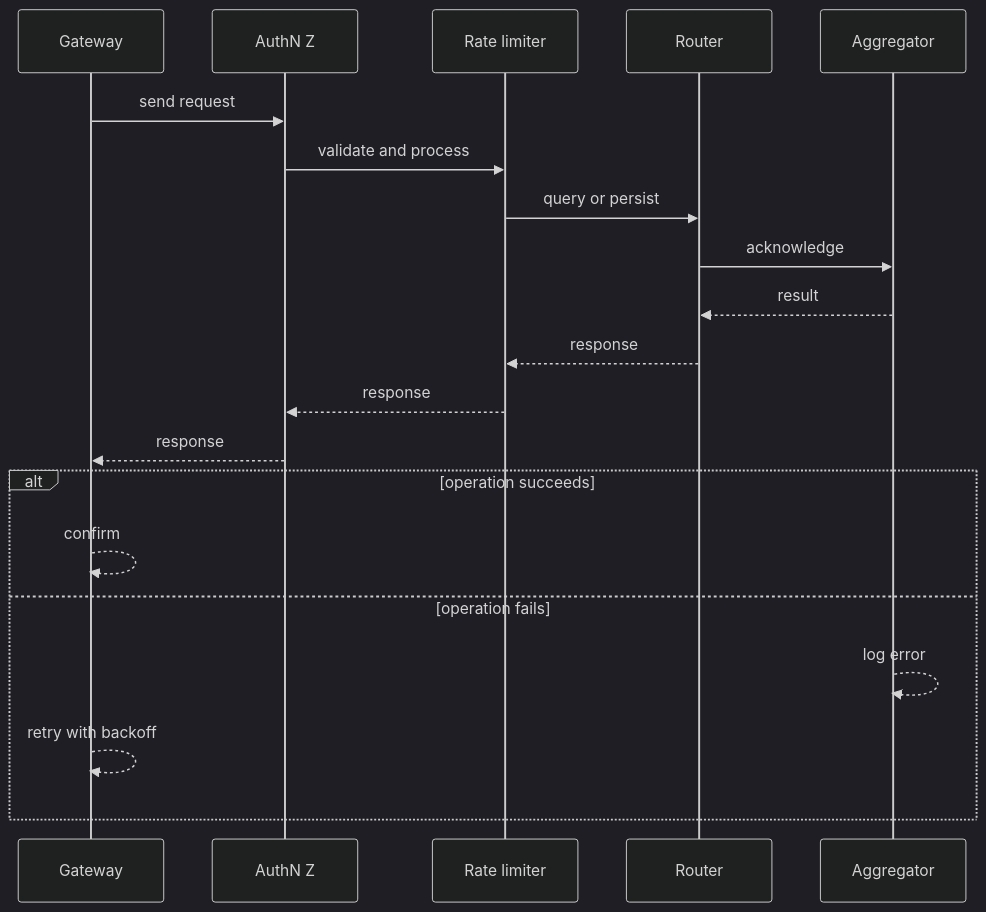
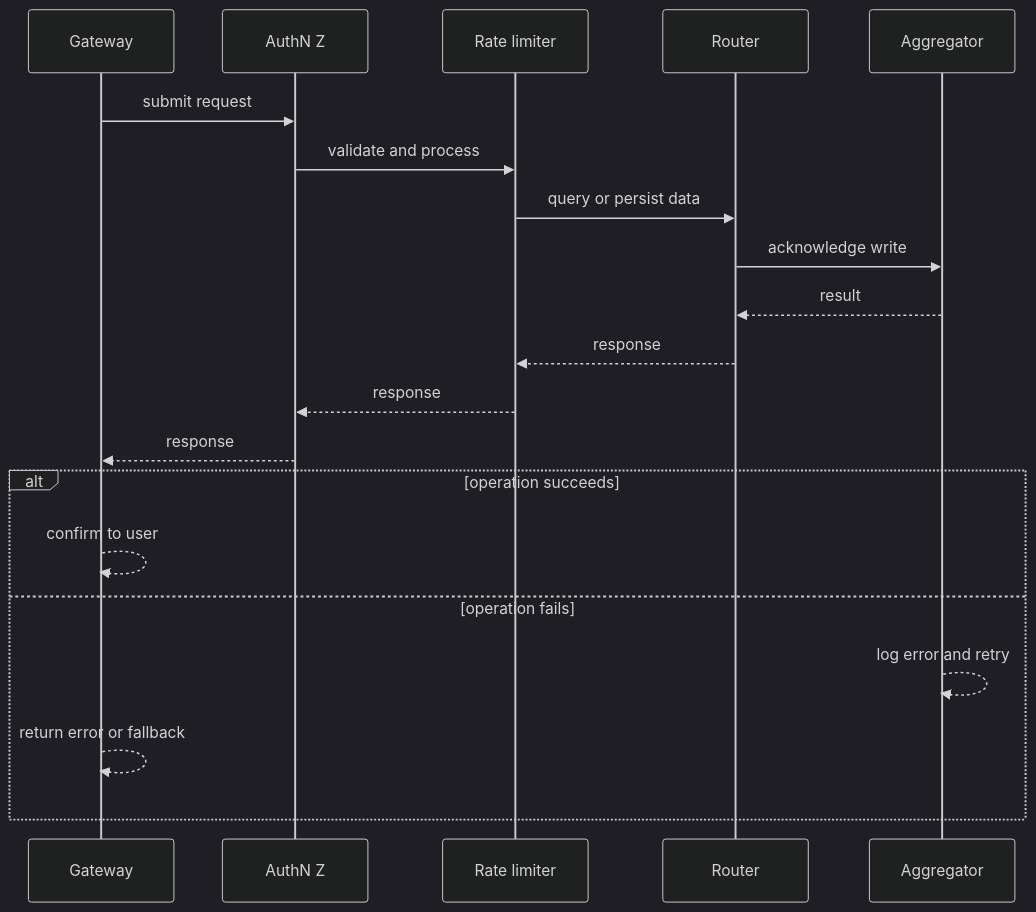
One commit to RIT-MESH/system-design-mastery changed the second of 4 diagrams in case-studies/advanced/api-gateway-system.md. Above: the diagram before and after it, drawn with Mermaid (dark theme). The commit also changed other lines of this file and 127 other files, not shown here.

First line of the commit message:
Improve all case study diagrams: case-specific sequences, fix truncated labels

````diff
--- a/case-studies/advanced/api-gateway-system.md
+++ b/case-studies/advanced/api-gateway-system.md
@@ -75,23 +75,23 @@
 ```mermaid
 %% created-for: system-design-mastery
 sequenceDiagram
-  participant C0 as Gateway
-  participant C1 as AuthN Z
-  participant C2 as Rate limiter
-  participant C3 as Router
-  participant C4 as Aggregator
-  C0 ->> C1: send request
-  C1 ->> C2: validate and process
-  C2 ->> C3: query or persist
-  C3 ->> C4: acknowledge
-  C4 -->> C3: result
-  C3 -->> C2: response
-  C2 -->> C1: response
-  C1 -->> C0: response
+  participant P0 as Gateway
+  participant P1 as AuthN Z
+  participant P2 as Rate limiter
+  participant P3 as Router
+  participant P4 as Aggregator
+  P0 ->> P1: submit request
+  P1 ->> P2: validate and process
+  P2 ->> P3: query or persist data
+  P3 ->> P4: acknowledge write
+  P4 -->> P3: result
+  P3 -->> P2: response
+  P2 -->> P1: response
+  P1 -->> P0: response
   alt operation succeeds
-    C0 -->> C0: confirm
+    P0 -->> P0: confirm to user
   else operation fails
-    C4 -->> C4: log error
-    C0 -->> C0: retry with backoff
+    P4 -->> P4: log error and retry
+    P0 -->> P0: return error or fallback
   end
 ```
````
